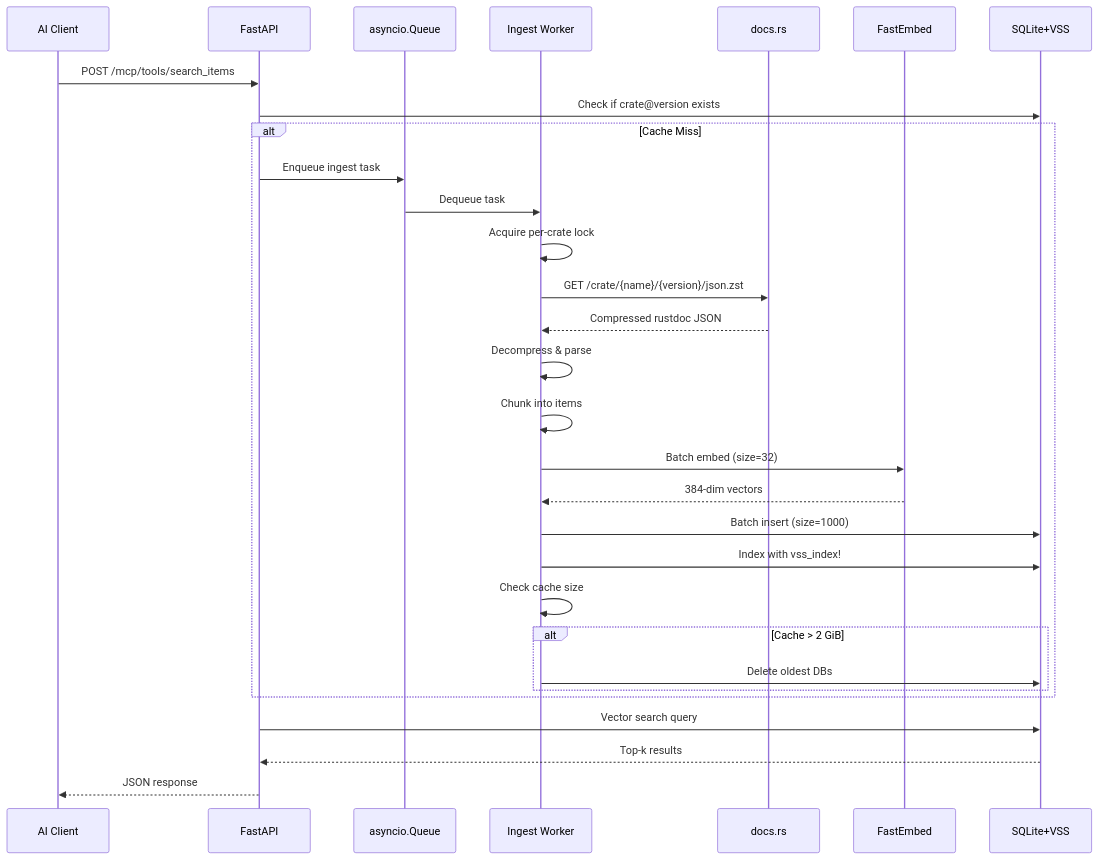
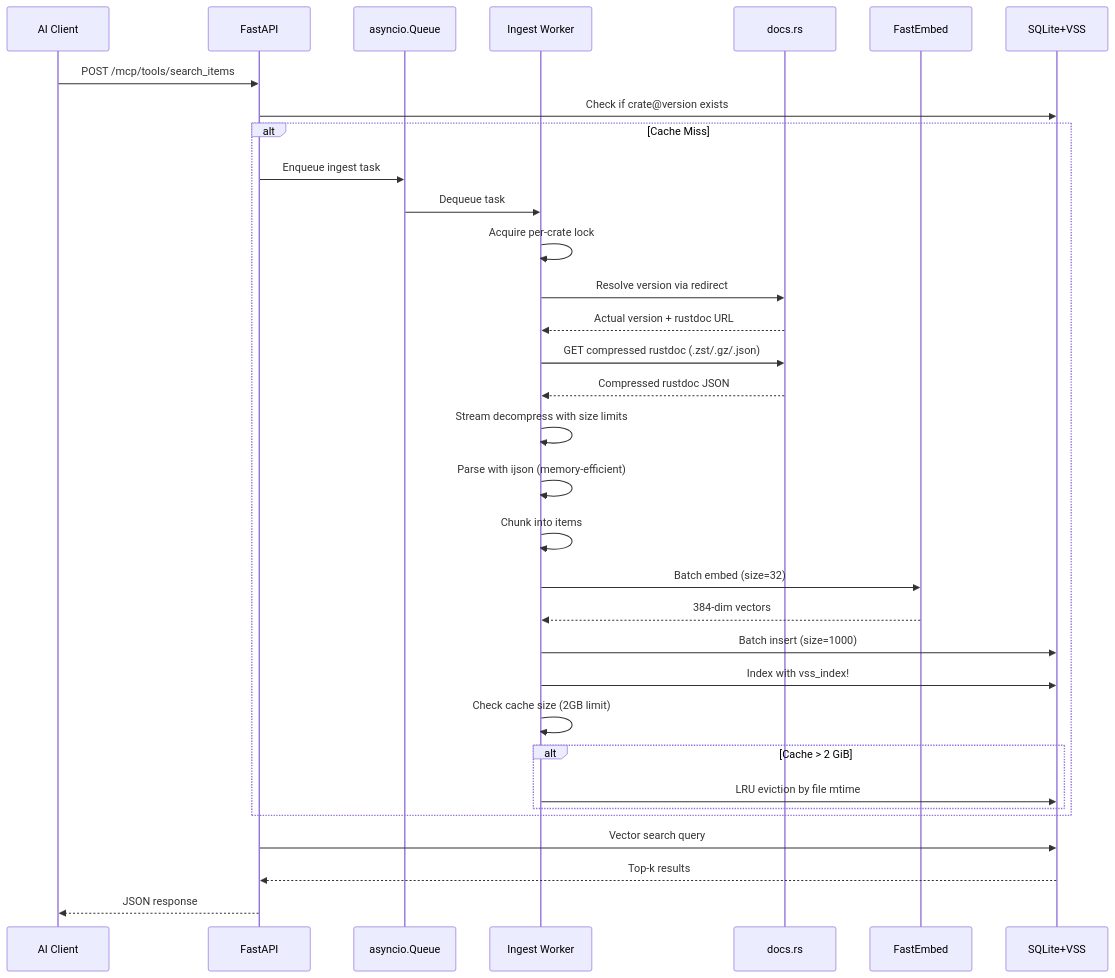
One commit to RimoVR/docsrs-mcp changed the third of 9 diagrams in Architecture.md. Above: the diagram before and after it, drawn with Mermaid. The commit also changed other lines of this file and 22 other files, not shown here.

First line of the commit message:
feat: Complete ingestion pipeline with rustdoc JSON support and comprehensive tests

````diff
--- a/Architecture.md
+++ b/Architecture.md
@@ -91,35 +94,38 @@
 ```mermaid
 sequenceDiagram
     participant Client as AI Client
     participant API as FastAPI
     participant Queue as asyncio.Queue
     participant Worker as Ingest Worker
     participant DocsRS as docs.rs
     participant Embed as FastEmbed
     participant DB as SQLite+VSS
     
     Client->>API: POST /mcp/tools/search_items
     API->>DB: Check if crate@version exists
     
     alt Cache Miss
         API->>Queue: Enqueue ingest task
         Queue->>Worker: Dequeue task
         Worker->>Worker: Acquire per-crate lock
-        Worker->>DocsRS: GET /crate/{name}/{version}/json.zst
+        Worker->>DocsRS: Resolve version via redirect
+        DocsRS-->>Worker: Actual version + rustdoc URL
+        Worker->>DocsRS: GET compressed rustdoc (.zst/.gz/.json)
         DocsRS-->>Worker: Compressed rustdoc JSON
-        Worker->>Worker: Decompress & parse
+        Worker->>Worker: Stream decompress with size limits
+        Worker->>Worker: Parse with ijson (memory-efficient)
         Worker->>Worker: Chunk into items
         Worker->>Embed: Batch embed (size=32)
         Embed-->>Worker: 384-dim vectors
         Worker->>DB: Batch insert (size=1000)
         Worker->>DB: Index with vss_index!
-        Worker->>Worker: Check cache size
+        Worker->>Worker: Check cache size (2GB limit)
         alt Cache > 2 GiB
-            Worker->>DB: Delete oldest DBs
+            Worker->>DB: LRU eviction by file mtime
         end
     end
     
     API->>DB: Vector search query
     DB-->>API: Top-k results
     API-->>Client: JSON response
 ```
````
